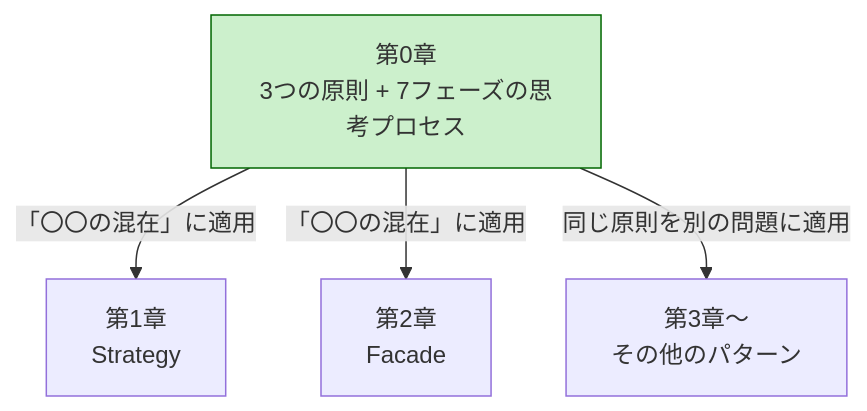
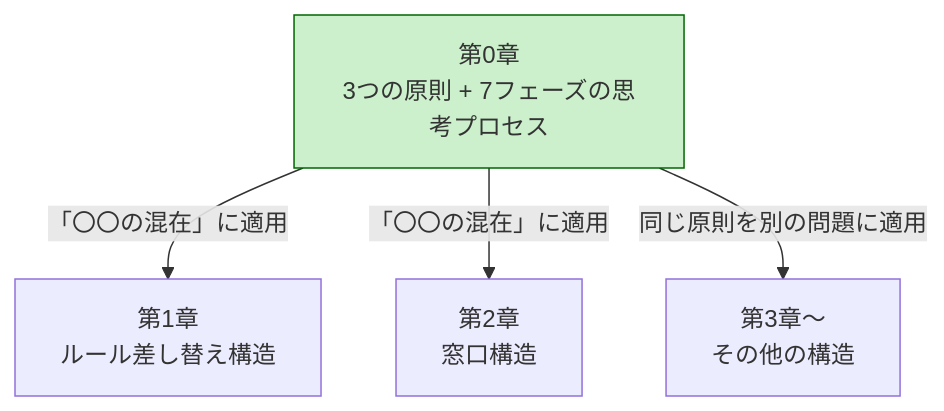
The first of 7 diagrams in kindle/design-patterns/templates/chapter0-template.md (kumachan1101-pixel/DesignPattern), drawn with Mermaid before and after one commit. The commit also changed other lines of this file and 18 other files, not shown here.

````diff
--- a/kindle/design-patterns/templates/chapter0-template.md
+++ b/kindle/design-patterns/templates/chapter0-template.md
@@ -29,13 +29,13 @@
 ```mermaid
 graph TD
     A["第0章<br/>3つの原則 + 7フェーズの思考プロセス"]
-    B["第1章<br/>Strategy"]
-    C["第2章<br/>Facade"]
-    D["第3章〜<br/>その他のパターン"]
+    B["第1章<br/>ルール差し替え構造"]
+    C["第2章<br/>窓口構造"]
+    D["第3章〜<br/>その他の構造"]
 
     A -->|「〇〇の混在」に適用| B
     A -->|「〇〇の混在」に適用| C
     A -->|同じ原則を別の問題に適用| D
 
     style A fill:#ccf0cc,stroke:#006600
 ```
````
